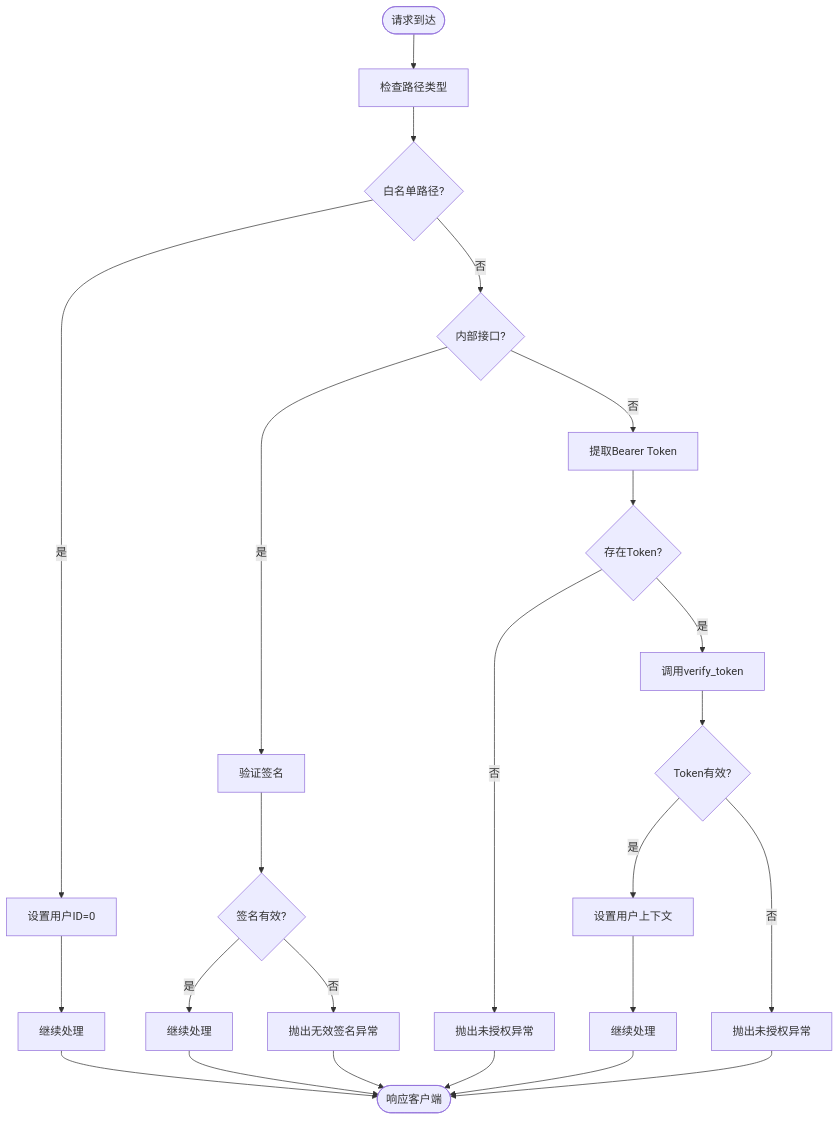
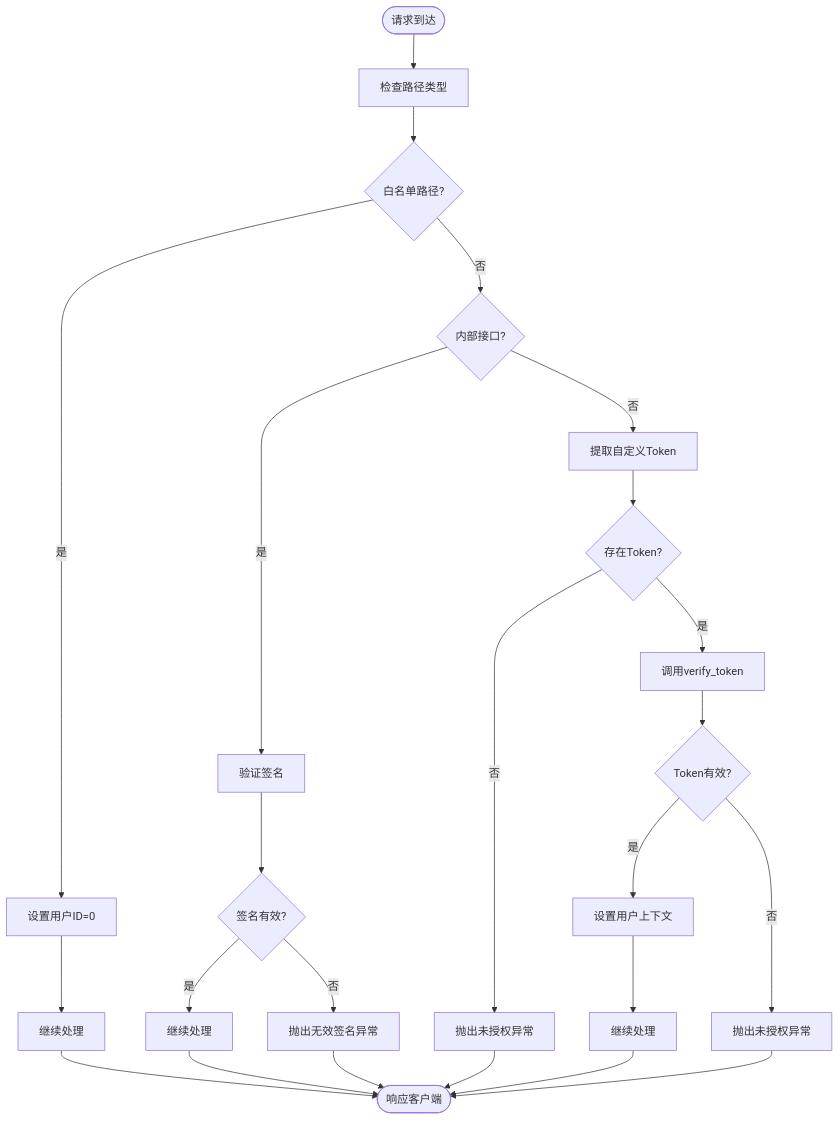
The fourth of 7 diagrams in .qoder/repowiki/zh/content/安全认证机制/JWT Token认证.md (lilinzezzzzzz/fastapi-backend), drawn with Mermaid before and after one commit. The commit also changed other lines of this file and 42 other files, not shown here.

````diff
--- a/.qoder/repowiki/zh/content/安全认证机制/JWT Token认证.md
+++ b/.qoder/repowiki/zh/content/安全认证机制/JWT Token认证.md
@@ -213,26 +204,26 @@
 ```mermaid
 flowchart TD
 Start([请求到达]) --> CheckPath["检查路径类型"]
 CheckPath --> IsWhitelist{"白名单路径?"}
 IsWhitelist --> |是| SetContext0["设置用户ID=0"]
 SetContext0 --> Continue1["继续处理"]
 IsWhitelist --> |否| IsInternal{"内部接口?"}
 IsInternal --> |是| VerifySignature["验证签名"]
 VerifySignature --> SignatureOK{"签名有效?"}
 SignatureOK --> |是| Continue2["继续处理"]
 SignatureOK --> |否| RaiseError1["抛出无效签名异常"]
-IsInternal --> |否| ExtractToken["提取Bearer Token"]
+IsInternal --> |否| ExtractToken["提取自定义Token"]
 ExtractToken --> HasToken{"存在Token?"}
 HasToken --> |否| RaiseError2["抛出未授权异常"]
 HasToken --> |是| VerifyToken["调用verify_token"]
 VerifyToken --> TokenOK{"Token有效?"}
 TokenOK --> |是| SetContext["设置用户上下文"]
 SetContext --> Continue3["继续处理"]
 TokenOK --> |否| RaiseError3["抛出未授权异常"]
 Continue1 --> End([响应客户端])
 Continue2 --> End
 Continue3 --> End
 RaiseError1 --> End
 RaiseError2 --> End
 RaiseError3 --> End
 ```
````
